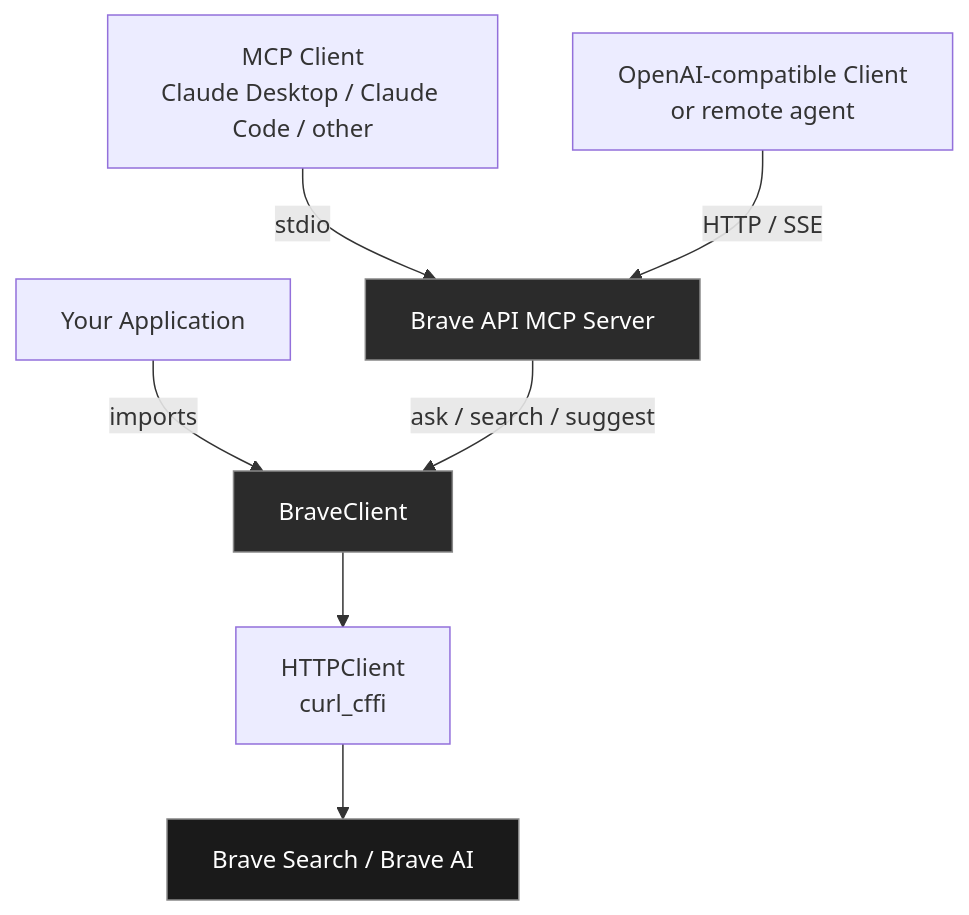
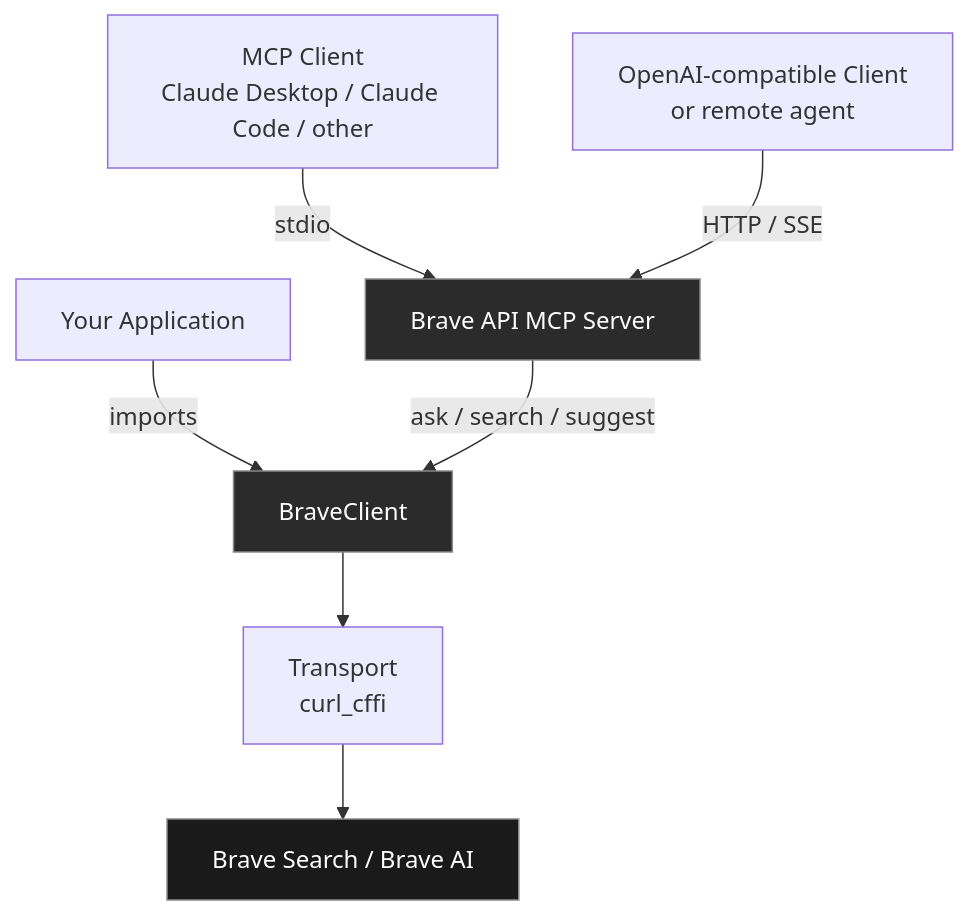
The first of 2 diagrams in README.md (iqbalmh18/brave-api), drawn with Mermaid before and after one commit. The commit also changed other lines of this file and 96 other files, not shown here.

````diff
--- a/README.md
+++ b/README.md
@@ -68,13 +83,13 @@
 ```mermaid
 graph TD
     A[Your Application] -->|imports| B[BraveClient]
     C[MCP Client<br/>Claude Desktop / Claude Code / other] -->|stdio| D[Brave API MCP Server]
     G[OpenAI-compatible Client<br/>or remote agent] -->|HTTP / SSE| D
     D -->|ask / search / suggest| B
-    B --> E[HTTPClient<br/>curl_cffi]
+    B --> E[Transport<br/>curl_cffi]
     E --> F[Brave Search / Brave AI]
 
     style B fill:#2b2b2b,stroke:#888,color:#fff
     style D fill:#2b2b2b,stroke:#888,color:#fff
     style F fill:#1a1a1a,stroke:#888,color:#fff
 ```
````
